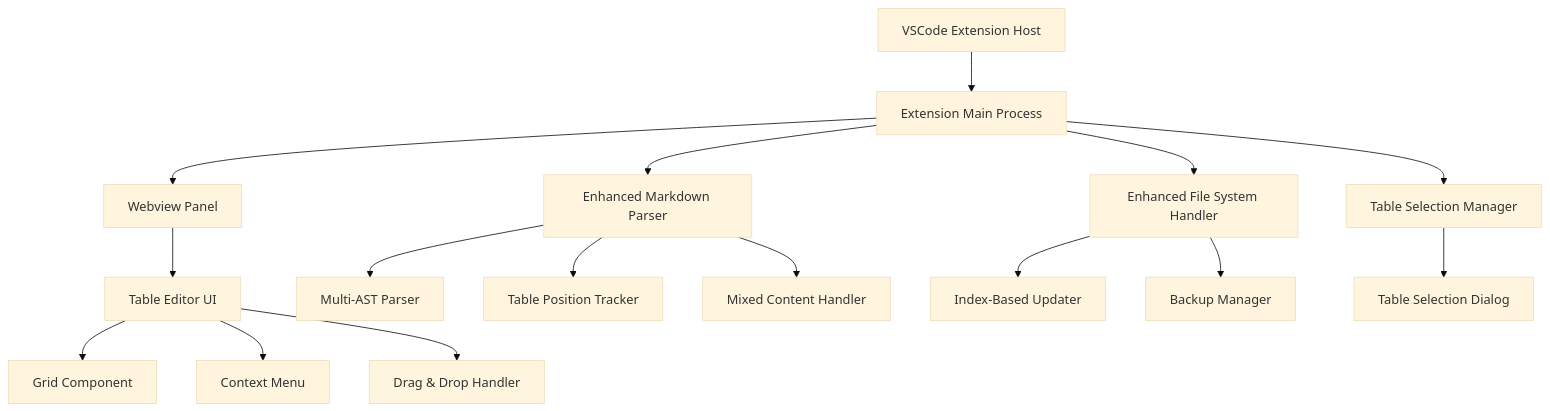
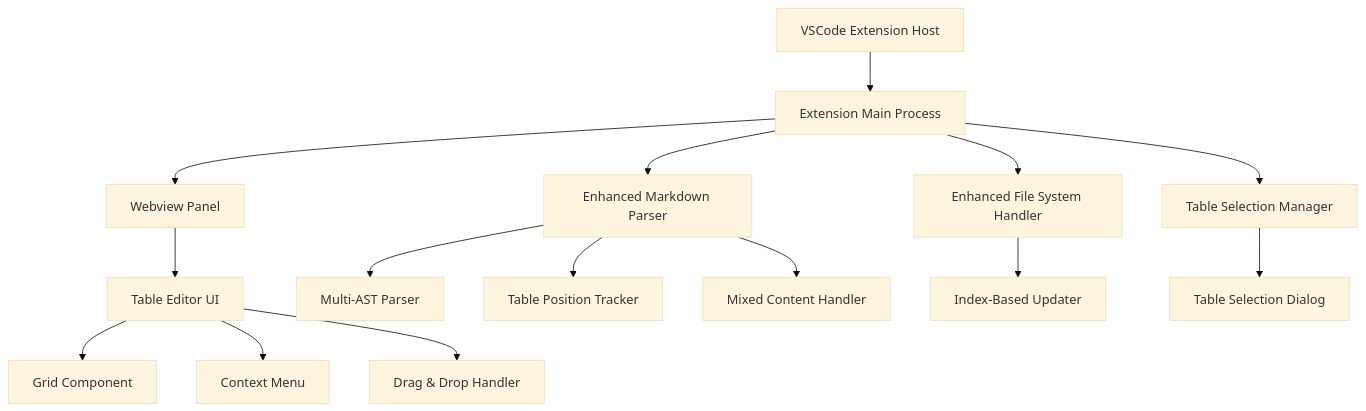
The second of 2 diagrams in design.md (tyngw/interactive-markdown-table-editor), drawn with Mermaid (base theme) before and after one commit. The commit also changed other lines of this file and 14 other files, not shown here.

````diff
--- a/design.md
+++ b/design.md
@@ -515,18 +514,17 @@
 ```mermaid
 graph TB
     A[VSCode Extension Host] --> B[Extension Main Process]
     B --> C[Webview Panel]
     B --> D[Enhanced Markdown Parser]
     B --> E[Enhanced File System Handler]
     B --> F[Table Selection Manager]
     C --> G[Table Editor UI]
     G --> H[Grid Component]
     G --> I[Context Menu]
     G --> J[Drag & Drop Handler]
     D --> K[Multi-AST Parser]
     D --> L[Table Position Tracker]
     D --> M[Mixed Content Handler]
     E --> N[Index-Based Updater]
-    E --> O[Backup Manager]
     F --> P[Table Selection Dialog]
 ```
````
